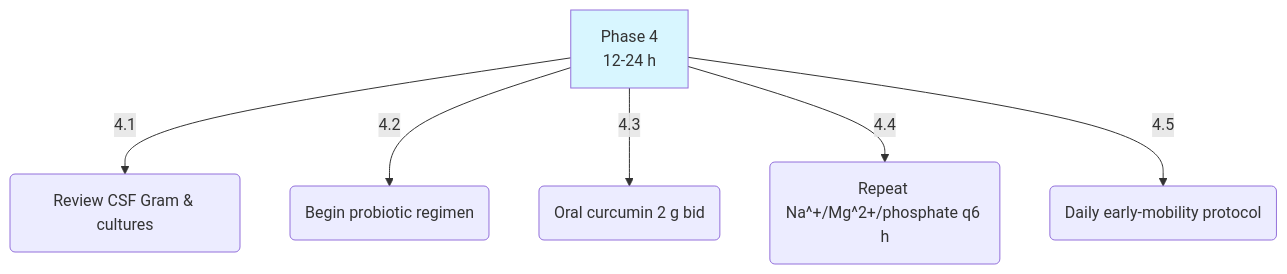
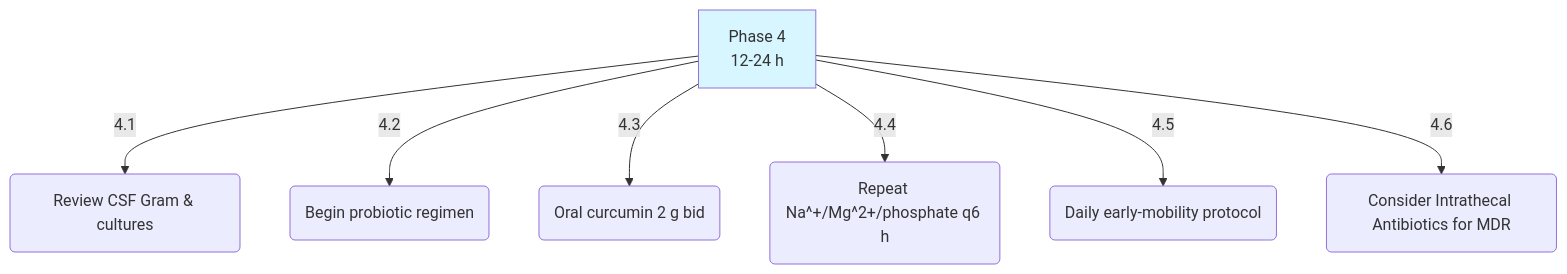
Before and after one commit to uumami/meningitis_protocol: the fifth of 10 diagrams in openai_taelin_query.md, drawn with Mermaid. The commit also changed other lines of this file and 13 other files, not shown here.

````diff
--- a/openai_taelin_query.md
+++ b/openai_taelin_query.md
@@ -101,9 +106,10 @@
 ```mermaid
 graph TD
     P4[Phase 4<br>12-24 h] -->|4.1| Review(Review CSF Gram & cultures)
     P4 -->|4.2| Pro(Begin probiotic regimen)
     P4 -->|4.3| Cur(Oral curcumin 2 g bid)
     P4 -->|4.4| Electro(Repeat Na^+/Mg^2+/phosphate q6 h)
     P4 -->|4.5| Mobility(Daily early-mobility protocol)
+    P4 -->|4.6| ITAbx(Consider Intrathecal Antibiotics for MDR)
     style P4 fill:#d8f6ff
 ```
````
